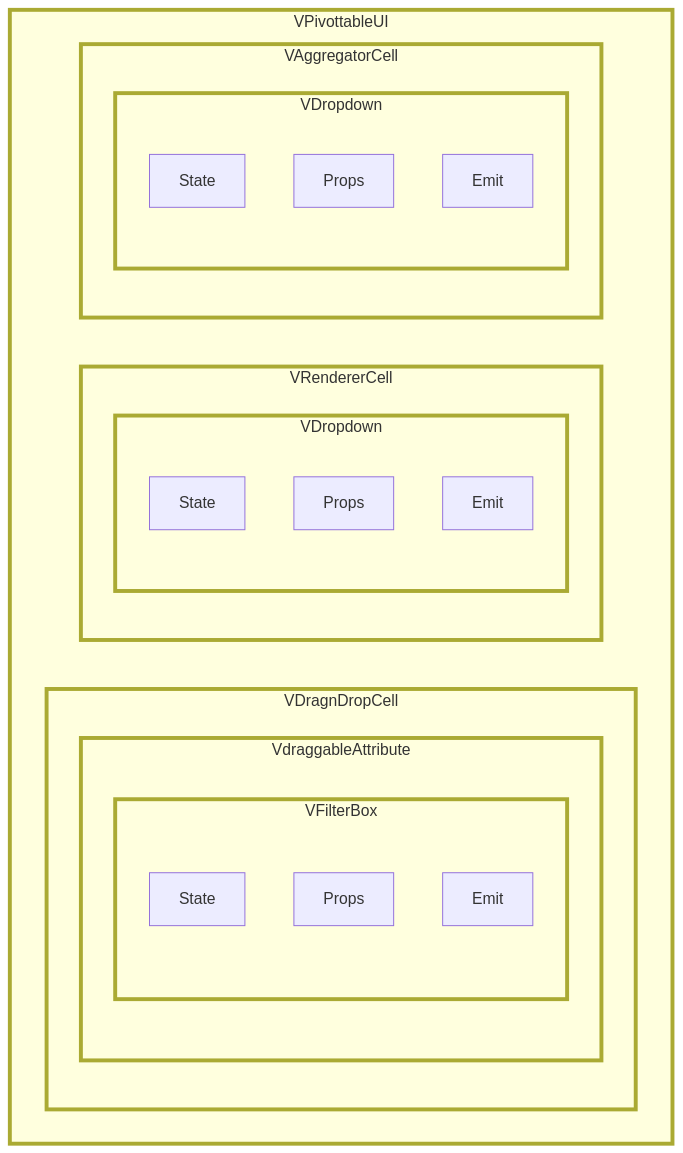
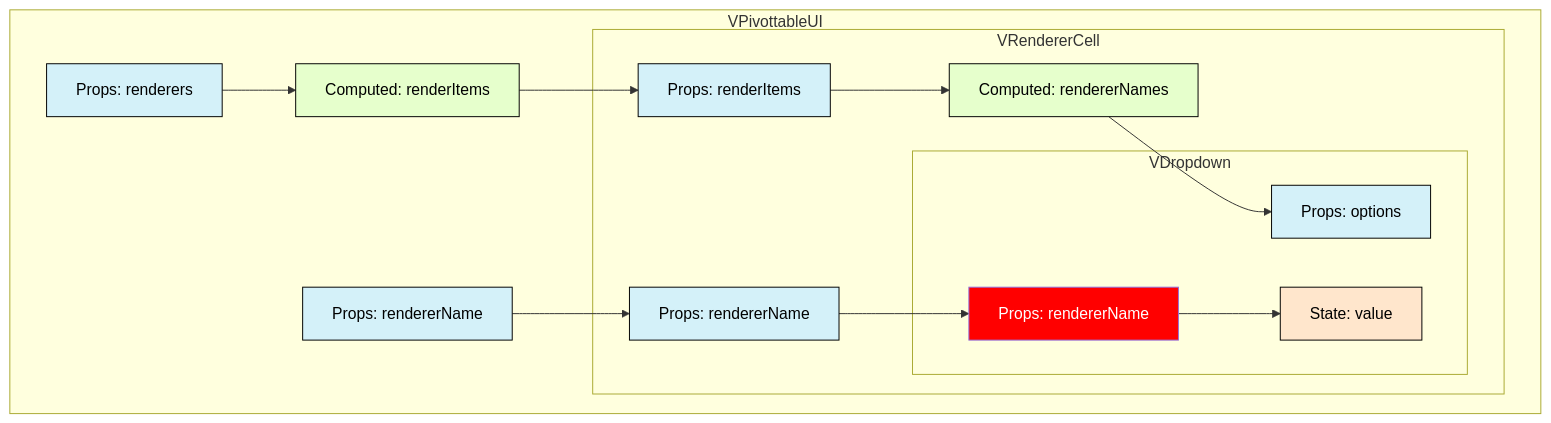
One commit to vue-pivottable/dev-docs changed the second of 5 diagrams in data-flow.md. Above: the diagram before and after it, drawn with Mermaid. The commit also changed other lines of this file and 2 other files, not shown here.

````diff
--- a/data-flow.md
+++ b/data-flow.md
@@ -6,44 +27,25 @@
 ```mermaid
 graph TD
+  %% 색상 정의
+  classDef props fill:#d4f1f9,stroke:#000,stroke-width:1px,color:#000
+  classDef state fill:#ffe6cc,stroke:#000,stroke-width:1px,color:#000
+  classDef computed fill:#e6ffcc,stroke:#000,stroke-width:1px,color:#000
+  classDef event fill:#ffe6e6,stroke:#000,stroke-width:1px,color:#000
+  classDef component fill:#fff,stroke:#000,stroke-width:2px,color:#000
+  classDef warnning fill:red,color:#fff
+  
+  subgraph A[VPivottableUI]
+    P1[Props: renderers]:::props --> P1-1[Computed: renderItems]:::computed --> P1-2
+    P2[Props: rendererName]:::props --> P2-1
 
-  subgraph A[VPivottableUI]
-    style A stroke-width:4px;
+    subgraph B[VRendererCell]
+      P1-2[Props: renderItems]:::props --> P1-3[Computed: rendererNames]:::computed --> P1-4
+      P2-1[Props: rendererName]:::props --> P2-2
 
-    subgraph B[VDragnDropCell]
-      style B stroke-width:4px;
-
-      subgraph C[VdraggableAttribute]
-        style C stroke-width:4px;
-
-        subgraph D[VFilterBox]
-          style D stroke-width:4px;
-          D1[State]
-          D2[Props]
-          D3[Emit]
-        end
-      end
-    end
-
-    subgraph E[VRendererCell]
-      style E stroke-width:4px;
-      subgraph F[VDropdown]
-        style F stroke-width:4px;
-        F1[State]
-        F2[Props]
-        F3[Emit]
-      end
-    end
-
-    subgraph G[VAggregatorCell]
-      style G stroke-width:4px;
-      subgraph H[VDropdown]
-        style H stroke-width:4px;
-        H1[State]
-        H2[Props]
-        H3[Emit]
+      subgraph C[VDropdown]
+        P1-4[Props: options]:::props
+        P2-2[Props: rendererName]:::warnning --> P2-3[State: value]:::state 
       end
     end
   end
-
-
 ```
````
